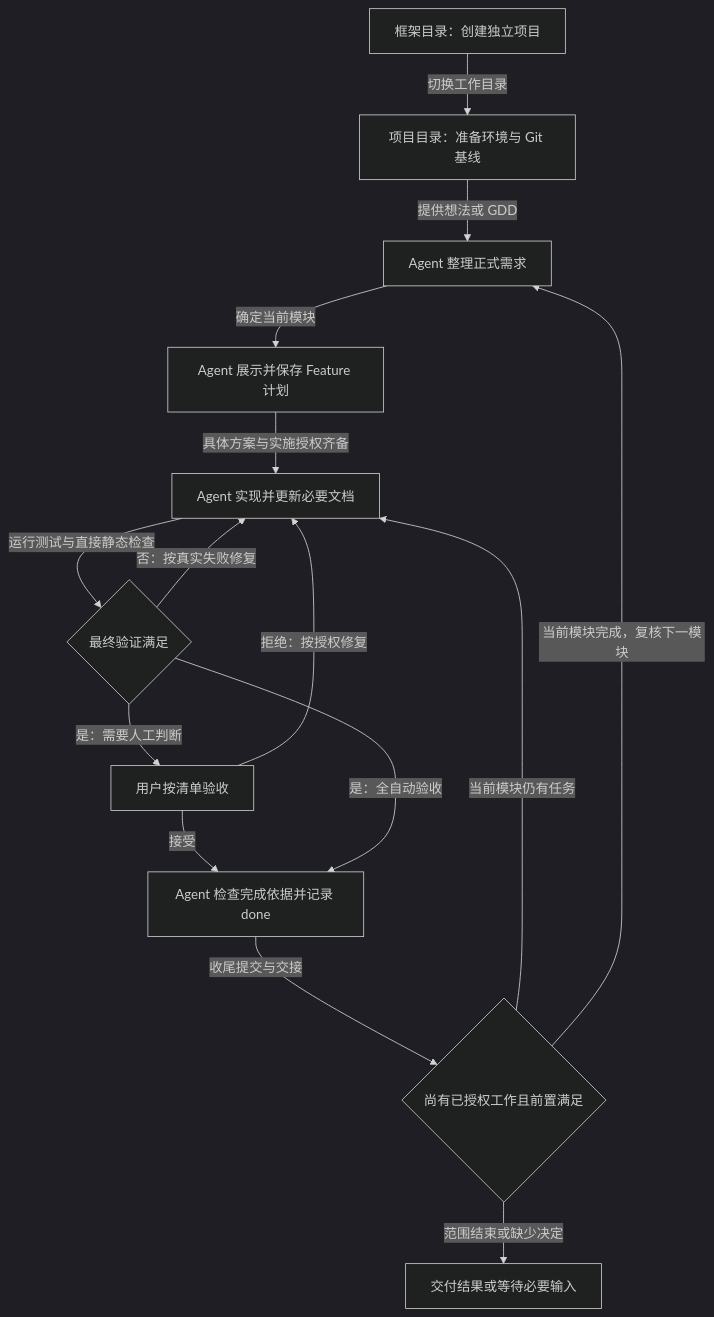
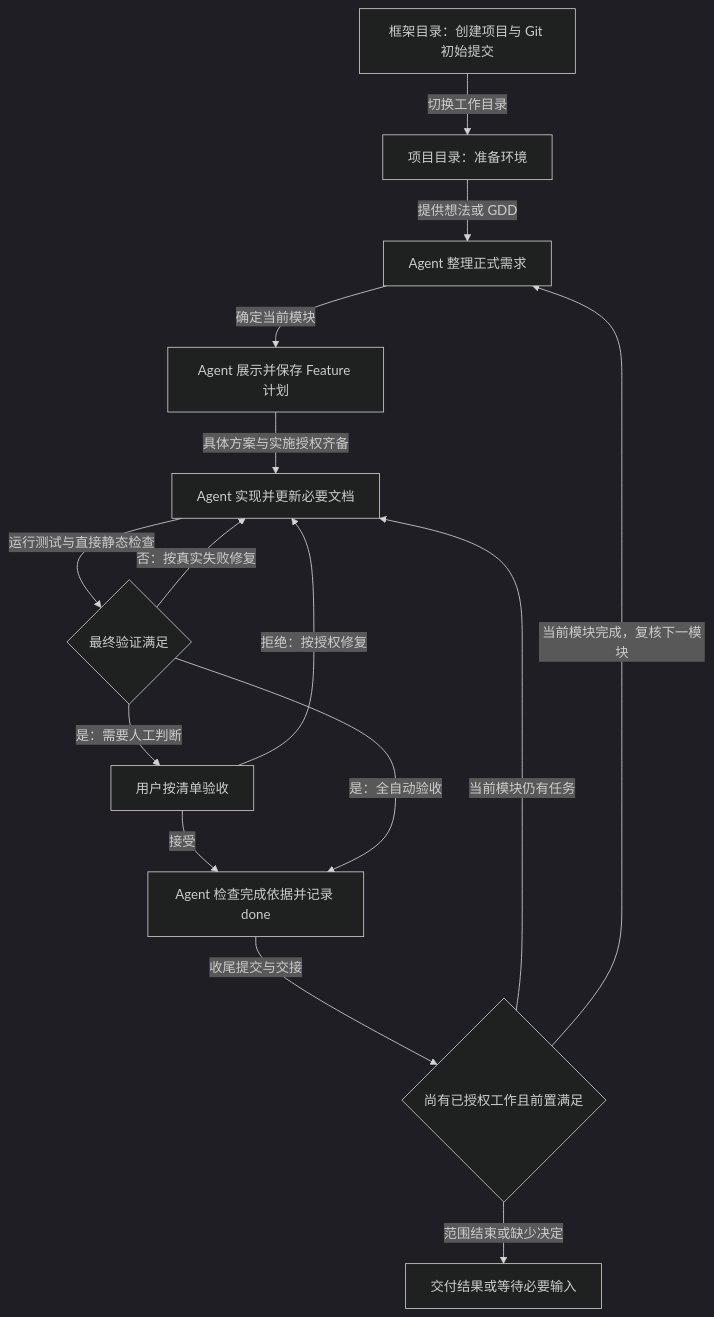
One commit to yxy823/Game_idle_yaya_frame changed the second of 2 diagrams in framework/docs/blank-project/README.md. Above: the diagram before and after it, drawn with Mermaid (dark theme). The commit also changed other lines of this file and 38 other files, not shown here.

````diff
--- a/framework/docs/blank-project/README.md
+++ b/framework/docs/blank-project/README.md
@@ -52,17 +52,17 @@
 ```mermaid
 flowchart TD
-    C[框架目录：创建独立项目] -->|切换工作目录| E[项目目录：准备环境与 Git 基线]
+    C[框架目录：创建项目与 Git 初始提交] -->|切换工作目录| E[项目目录：准备环境]
     E -->|提供想法或 GDD| P[Agent 整理正式需求]
     P -->|确定当前模块| L[Agent 展示并保存 Feature 计划]
     L -->|具体方案与实施授权齐备| D[Agent 实现并更新必要文档]
     D -->|运行测试与直接静态检查| V{最终验证满足}
     V -->|否：按真实失败修复| D
     V -->|是：需要人工判断| H[用户按清单验收]
     H -->|拒绝：按授权修复| D
     H -->|接受| K[Agent 检查完成依据并记录 done]
     V -->|是：全自动验收| K
     K -->|收尾提交与交接| N{尚有已授权工作且前置满足}
     N -->|当前模块仍有任务| D
     N -->|当前模块完成，复核下一模块| P
     N -->|范围结束或缺少决定| X[交付结果或等待必要输入]
 ```
````
